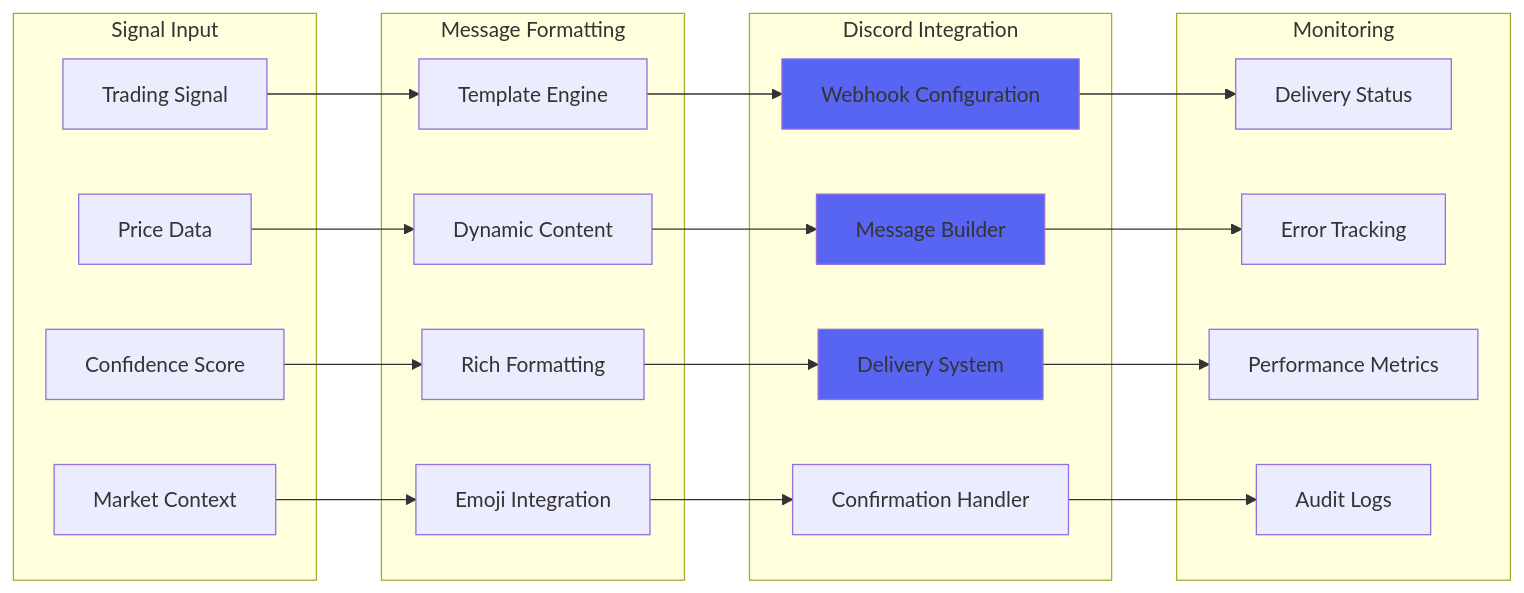
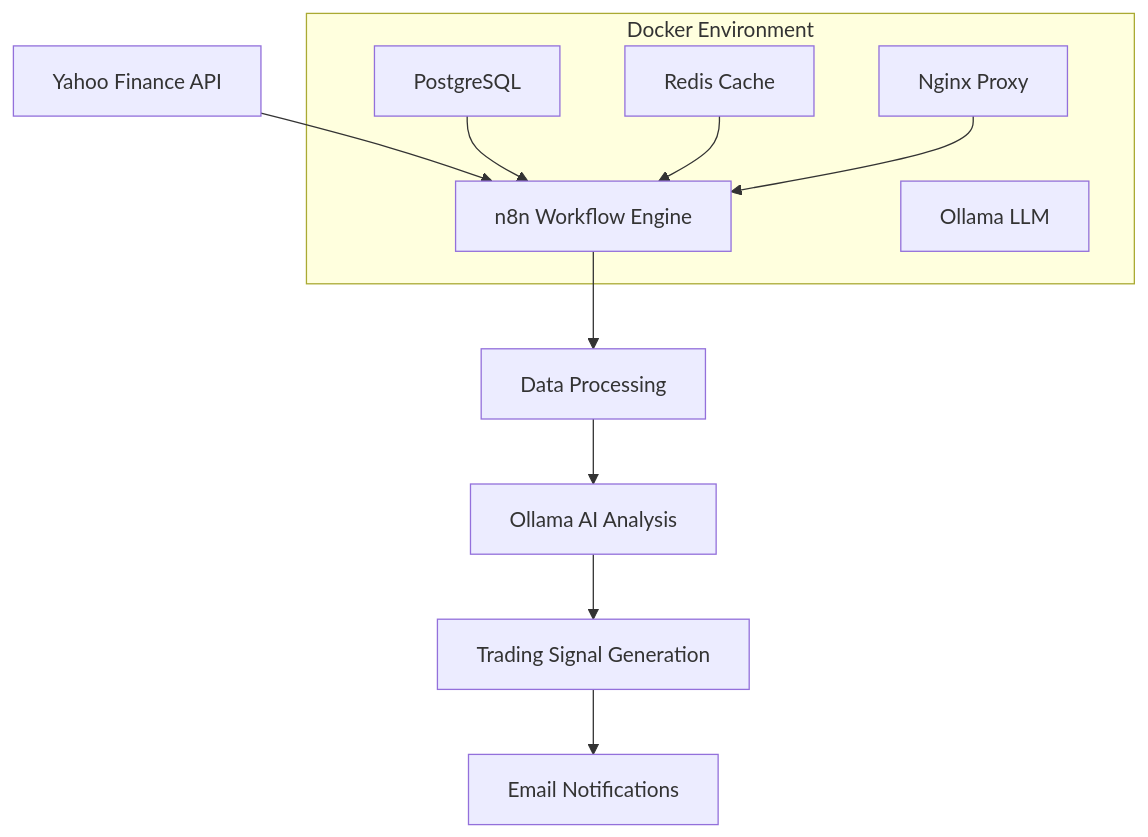
Before and after one commit to somesh-ghaturle/Projects: the diagram in Microsoft Stock Price Prediction Workflow (n8n)/README.md, drawn with Mermaid. The commit also changed other lines of this file and 17 other files, not shown here.

````diff
--- a/Microsoft Stock Price Prediction Workflow (n8n)/README.md
+++ b/Microsoft Stock Price Prediction Workflow (n8n)/README.md
@@ -269,49 +174,20 @@
 ```mermaid
-flowchart LR
-    subgraph "Signal Input"
-        A[Trading Signal]
-        B[Price Data]
-        C[Confidence Score]
-        D[Market Context]
+graph TB
+    A[Yahoo Finance API] --> B[n8n Workflow Engine]
+    B --> C[Data Processing]
+    C --> D[Ollama AI Analysis]
+    D --> E[Trading Signal Generation]
+    E --> F[Email Notifications]
+    
+    G[PostgreSQL] --> B
+    H[Redis Cache] --> B
+    I[Nginx Proxy] --> B
+    
+    subgraph "Docker Environment"
+        B
+        G
+        H
+        I
+        J[Ollama LLM]
     end
-    
-    subgraph "Message Formatting"
-        E[Template Engine]
-        F[Dynamic Content]
-        G[Rich Formatting]
-        H[Emoji Integration]
-    end
-    
-    subgraph "Discord Integration"
-        I[Webhook Configuration]
-        J[Message Builder]
-        K[Delivery System]
-        L[Confirmation Handler]
-    end
-    
-    subgraph "Monitoring"
-        M[Delivery Status]
-        N[Error Tracking]
-        O[Performance Metrics]
-        P[Audit Logs]
-    end
-    
-    A --> E
-    B --> F
-    C --> G
-    D --> H
-    
-    E --> I
-    F --> J
-    G --> K
-    H --> L
-    
-    I --> M
-    J --> N
-    K --> O
-    L --> P
-    
-    style I fill:#5865F2
-    style J fill:#5865F2
-    style K fill:#5865F2
 ```
````
